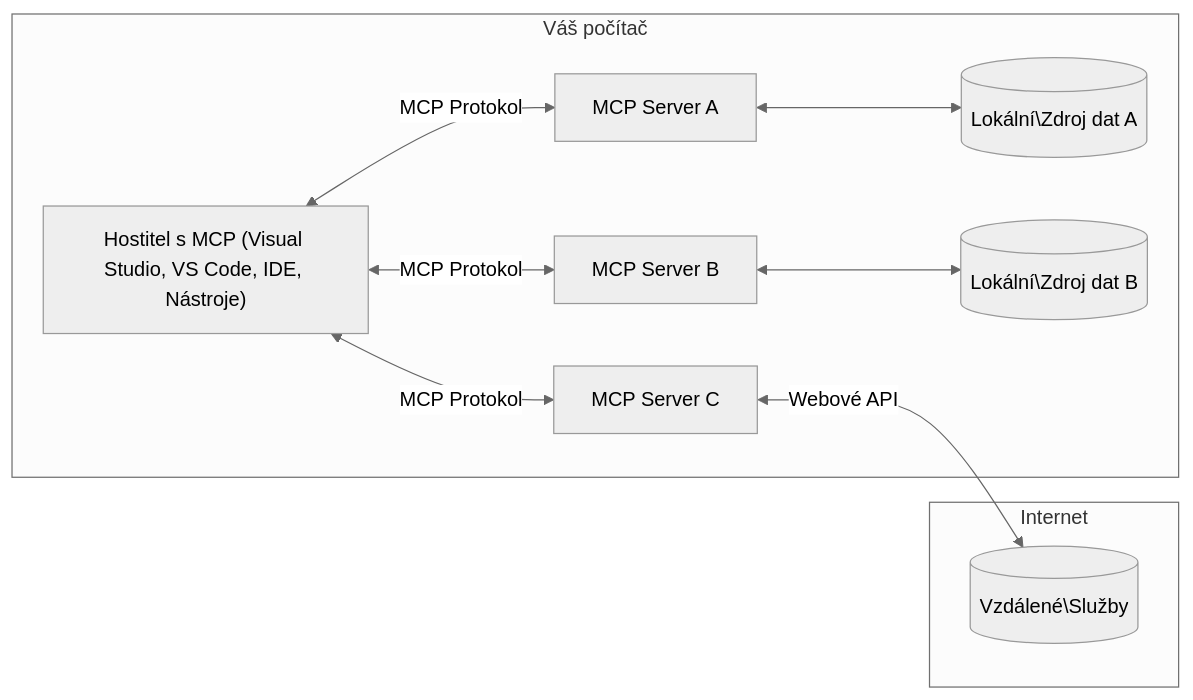
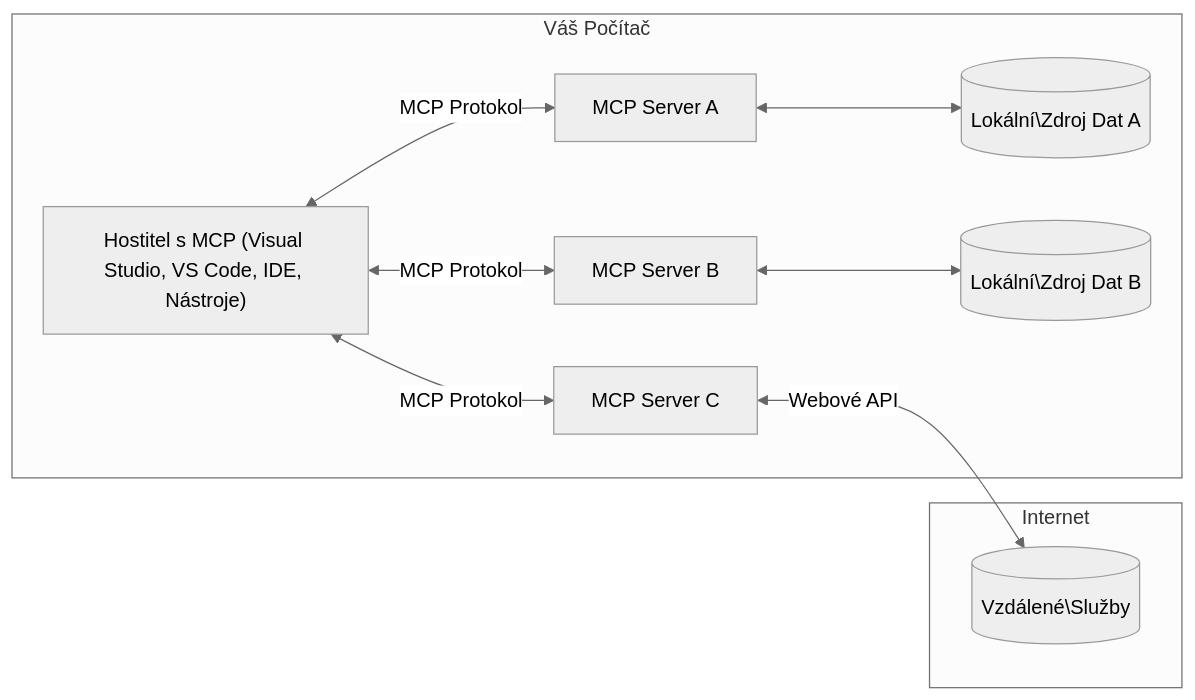
Before and after one commit to Mu-L/mcp-for-beginners: the diagram in translations/cs/01-CoreConcepts/README.md, drawn with Mermaid (neutral theme). The commit also changed other lines of this file and 110 other files, not shown here.

````diff
--- a/translations/cs/01-CoreConcepts/README.md
+++ b/translations/cs/01-CoreConcepts/README.md
@@ -45,17 +45,17 @@
 ```mermaid
 flowchart LR
-    subgraph "Váš počítač"
+    subgraph "Váš Počítač"
         Host["Hostitel s MCP (Visual Studio, VS Code, IDE, Nástroje)"]
         S1["MCP Server A"]
         S2["MCP Server B"]
         S3["MCP Server C"]
         Host <-->|"MCP Protokol"| S1
         Host <-->|"MCP Protokol"| S2
         Host <-->|"MCP Protokol"| S3
-        S1 <--> D1[("Lokální\Zdroj dat A")]
-        S2 <--> D2[("Lokální\Zdroj dat B")]
+        S1 <--> D1[("Lokální\Zdroj Dat A")]
+        S2 <--> D2[("Lokální\Zdroj Dat B")]
     end
     subgraph "Internet"
         S3 <-->|"Webové API"| D3[("Vzdálené\Služby")]
     end
 ```
````
